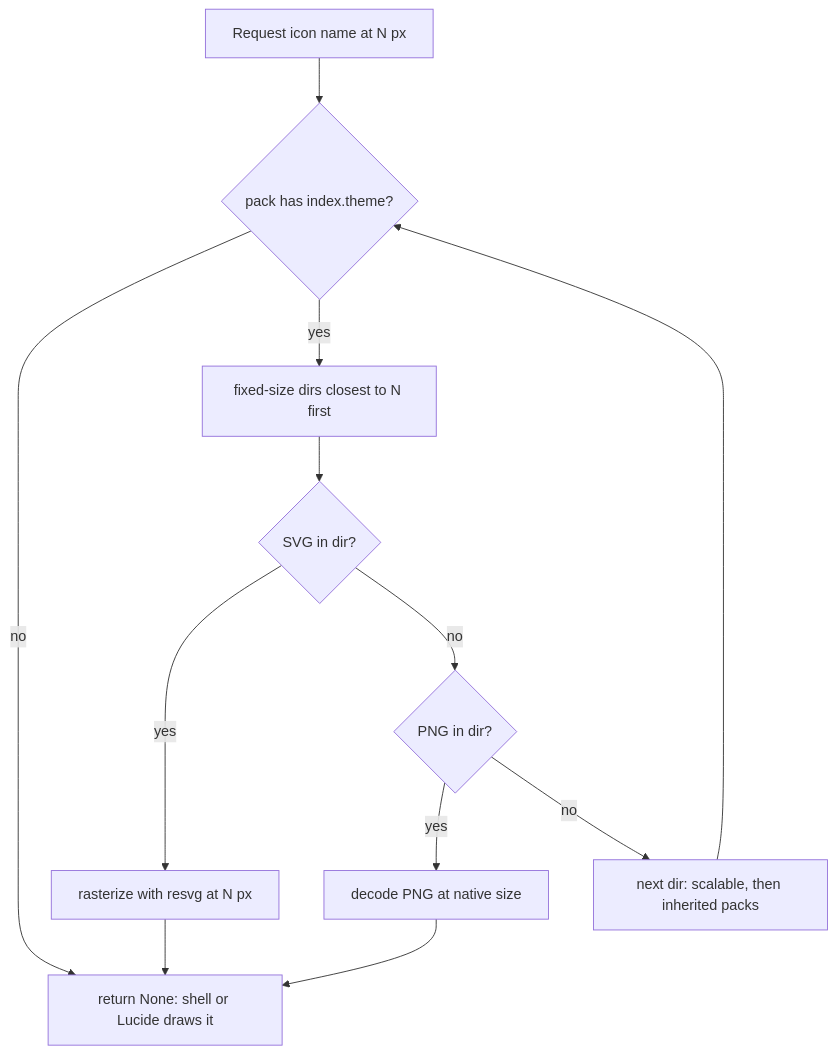
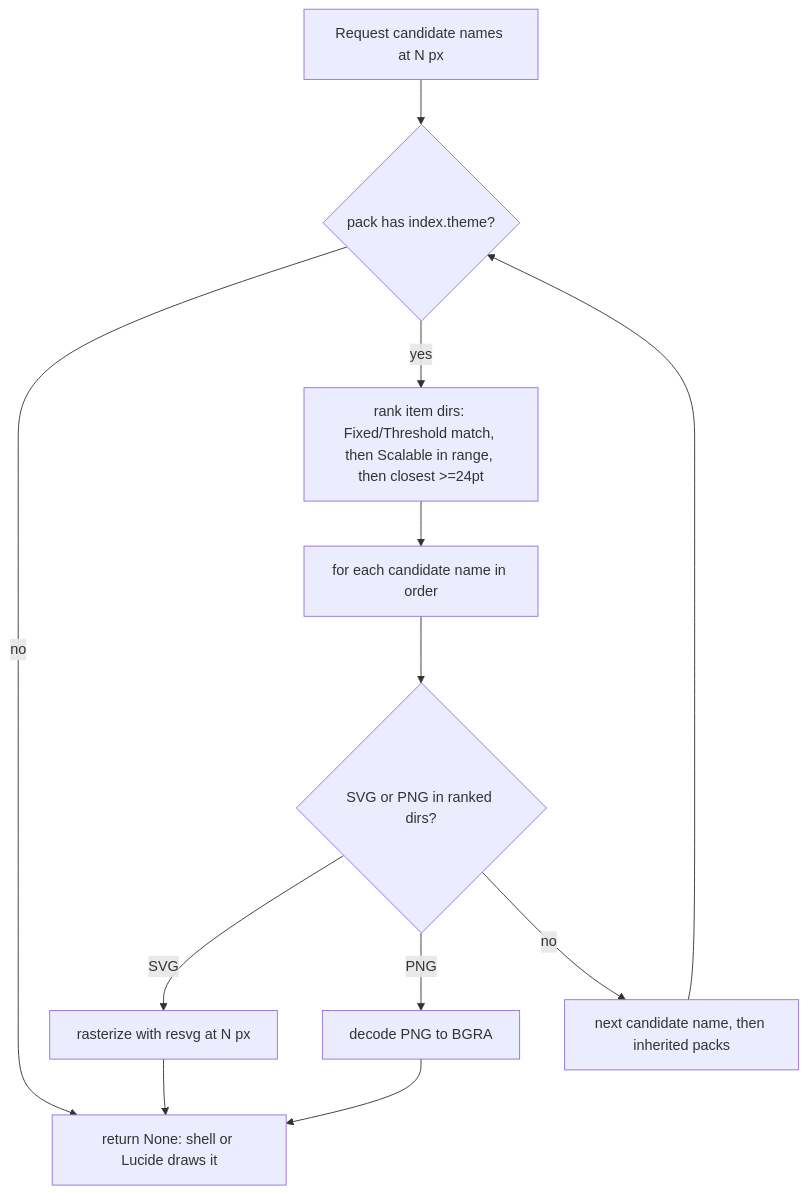
One commit to gelenmedya/rustyfiles changed the second of 2 diagrams in docs/design/icon-themes.md. Above: the diagram before and after it, drawn with Mermaid. The commit also changed other lines of this file and 8 other files, not shown here.

````diff
--- a/docs/design/icon-themes.md
+++ b/docs/design/icon-themes.md
@@ -93,14 +93,14 @@
 ```mermaid
 flowchart TD
-    A[Request icon name at N px] --> B{pack has index.theme?}
+    A[Request candidate names at N px] --> B{pack has index.theme?}
     B -- no --> Z[return None: shell or Lucide draws it]
-    B -- yes --> C[fixed-size dirs closest to N first]
-    C --> D{SVG in dir?}
-    D -- yes --> E[rasterize with resvg at N px]
-    D -- no --> F{PNG in dir?}
-    F -- yes --> G[decode PNG at native size]
-    F -- no --> H[next dir: scalable, then inherited packs]
-    H --> B
+    B -- yes --> C[rank item dirs: Fixed/Threshold match, then Scalable in range, then closest >=24pt]
+    C --> N[for each candidate name in order]
+    N --> D{SVG or PNG in ranked dirs?}
+    D -- SVG --> E[rasterize with resvg at N px]
+    D -- PNG --> G[decode PNG to BGRA]
+    D -- no --> N2[next candidate name, then inherited packs]
+    N2 --> B
     E --> Z
     G --> Z
 ```
````
